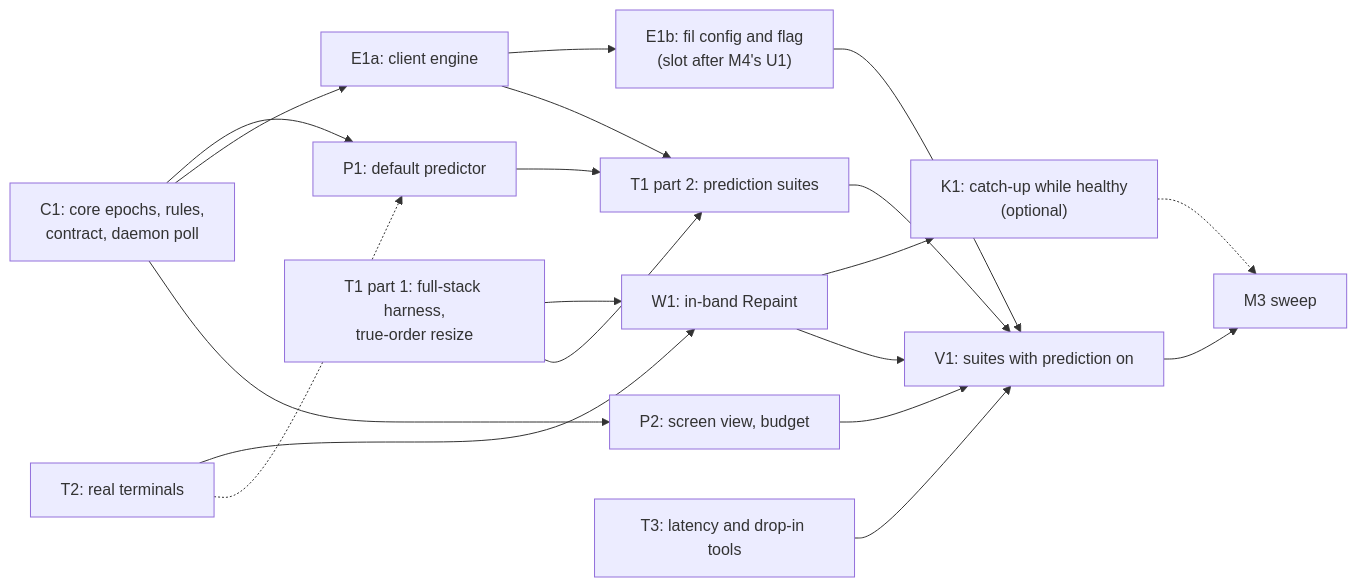
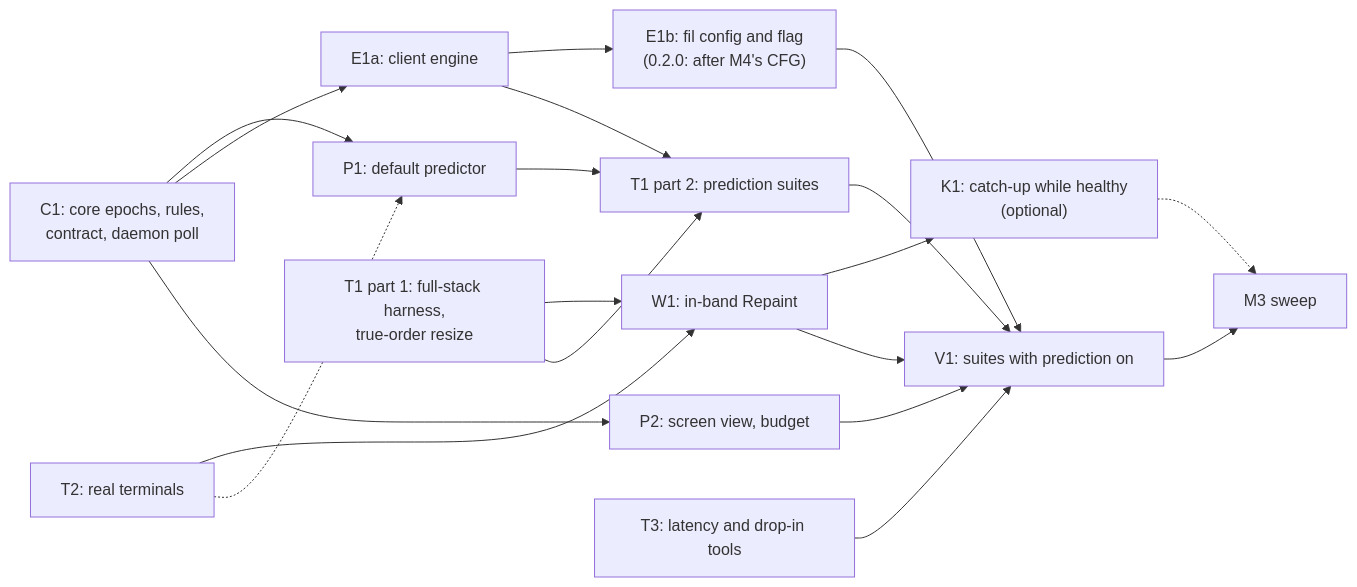
One commit to anthonytw/fil changed the second of 2 diagrams in docs/m3/plan.md. Above: the diagram before and after it, drawn with Mermaid. The commit also changed 2 other files, not shown here.

Commit message:
docs: LIC's legal lines and the E1b node no longer wait on E1b for 0.1.0 (N9)
Claude-Session: https://claude.ai/code/session_01P5T8CNu95882q6mjVMsFWZ

````diff
--- a/docs/m3/plan.md
+++ b/docs/m3/plan.md
@@ -360,21 +360,21 @@
 ```mermaid
 flowchart LR
   C1["C1: core epochs, rules,<br/>contract, daemon poll"] --> P1["P1: default predictor"]
   C1 --> E1a["E1a: client engine"]
   C1 --> P2["P2: screen view, budget"]
   T1a["T1 part 1: full-stack harness,<br/>true-order resize"] --> W1["W1: in-band Repaint"]
   T2["T2: real terminals"] --> W1
   T2 -.-> P1
-  E1a --> E1b["E1b: fil config and flag<br/>(slot after M4's U1)"]
+  E1a --> E1b["E1b: fil config and flag<br/>(0.2.0: after M4's CFG)"]
   W1 --> K1["K1: catch-up while healthy<br/>(optional)"]
   T1a --> T1b["T1 part 2: prediction suites"]
   P1 --> T1b
   E1a --> T1b
   T3["T3: latency and drop-in tools"] --> V1
   T1b --> V1["V1: suites with prediction on"]
   P2 --> V1
   W1 --> V1
   E1b --> V1
   V1 --> SW["M3 sweep"]
   K1 -.-> SW
 ```
````
